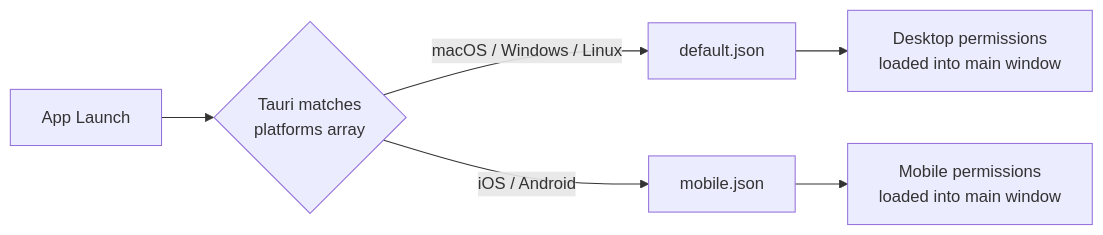
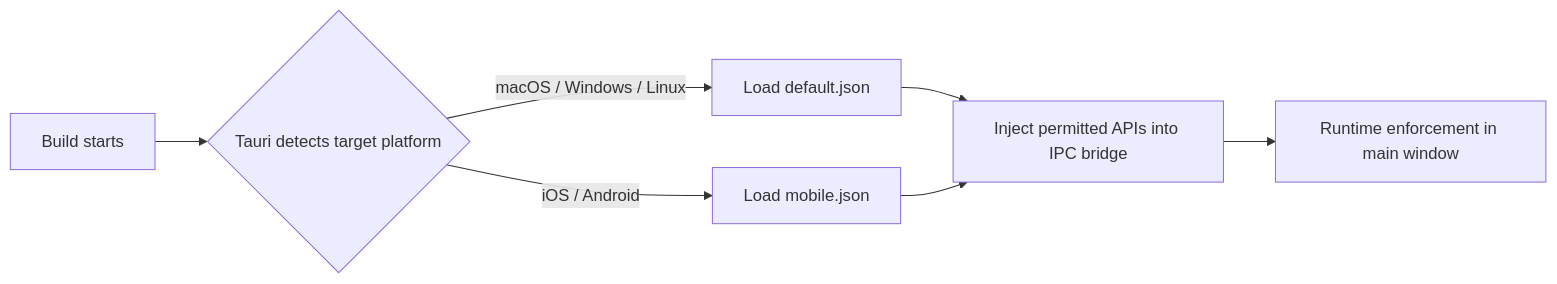
One commit to leszek3737/librefang-WIki changed the diagram in other-librefang-desktop-capabilities.md. Above: the diagram before and after it, drawn with Mermaid. The commit also changed other lines of this file and 110 other files, not shown here.

````diff
--- a/other-librefang-desktop-capabilities.md
+++ b/other-librefang-desktop-capabilities.md
@@ -60,8 +51,9 @@
 ```mermaid
 flowchart LR
-    A[App Launch] --> B{Tauri matches<br/>platforms array}
-    B -->|macOS / Windows / Linux| C[default.json]
-    B -->|iOS / Android| D[mobile.json]
-    C --> E[Desktop permissions<br/>loaded into main window]
-    D --> F[Mobile permissions<br/>loaded into main window]
+    A[Build starts] --> B{Tauri detects target platform}
+    B -->|macOS / Windows / Linux| C[Load default.json]
+    B -->|iOS / Android| D[Load mobile.json]
+    C --> E[Inject permitted APIs into IPC bridge]
+    D --> E
+    E --> F[Runtime enforcement in main window]
 ```
````
